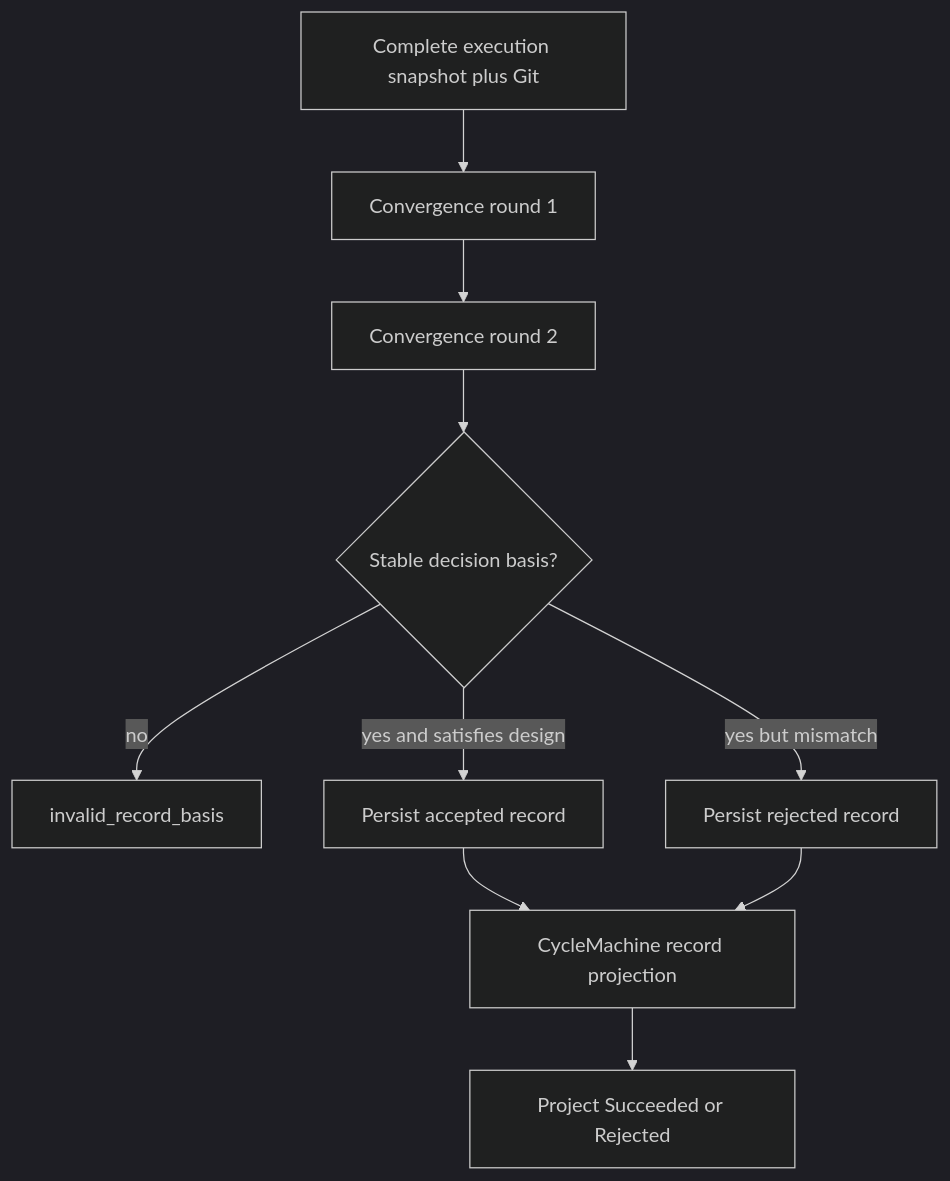
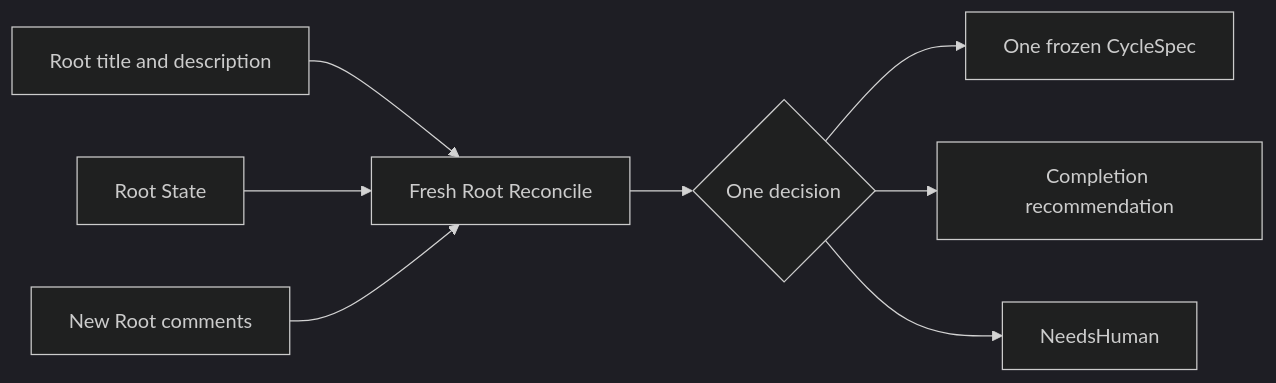
The diagram in docs/architecture/root-reconciliation.md (hallucination-studio/symphony), drawn with Mermaid (dark theme) before and after one commit. The commit also changed other lines of this file and 54 other files, not shown here.

Commit message:
chore: checkpoint serial-cycle architecture baseline

````diff
--- a/docs/architecture/root-reconciliation.md
+++ b/docs/architecture/root-reconciliation.md
@@ -62,15 +29,11 @@
 ```mermaid
-%% source-rules: WF-ROUTE-003 WF-ROUTE-007 WF-TR-009 WF-TR-010 RI-SEAL-004
-%% source-rules: GD-CONVERGE-001 GD-CONVERGE-002
-%% source-rules: RR-ACCEPT-001 RR-ACCEPT-002 RR-ACCEPT-003
-flowchart TD
-  Snapshot[Complete execution snapshot plus Git] --> Round1[Convergence round 1]
-  Round1 --> Round2[Convergence round 2]
-  Round2 --> Match{Stable decision basis?}
-  Match -->|no| Invalidate[invalid_record_basis]
-  Match -->|yes and satisfies design| Accept[Persist accepted record]
-  Match -->|yes but mismatch| Reject[Persist rejected record]
-  Accept --> Project[CycleMachine record projection]
-  Reject --> Project
-  Project --> ProjectSuccess[Project Succeeded or Rejected]
+%% source-rules: WF-AUTH-001 WF-AUTH-002 WF-AUTH-003 WF-AUTH-005 WF-AUTH-007
+flowchart LR
+  Requirement[Root title and description] --> Reconcile[Fresh Root Reconcile]
+  State[Root State] --> Reconcile
+  Comments[New Root comments] --> Reconcile
+  Reconcile --> Choice{One decision}
+  Choice --> Cycle[One frozen CycleSpec]
+  Choice --> Complete[Completion recommendation]
+  Choice --> Human[NeedsHuman]
 ```
````
